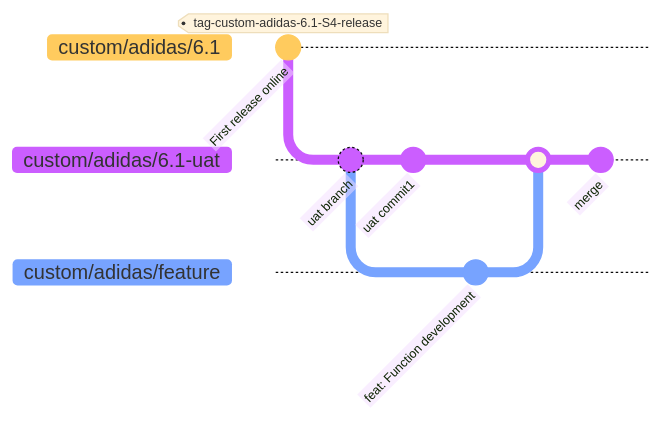
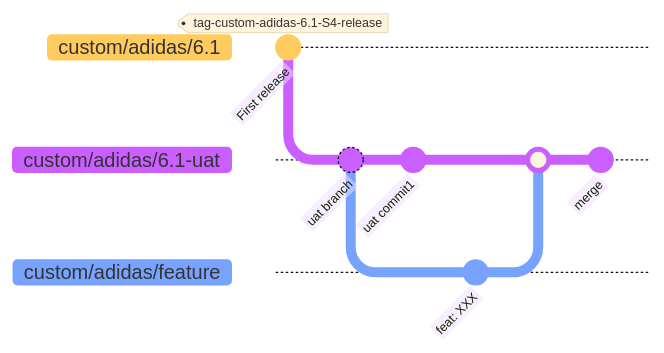
The diagram in all/未命名-1.md (lmos-w/iodraw-files), drawn with Mermaid before and after one commit.

Commit message:
2025-01-02 15:26:27 update

````diff
--- a/all/未命名-1.md
+++ b/all/未命名-1.md
@@ -1,19 +1,19 @@
 ```mermaid
 %%{init: { 'theme': 'base', 'gitGraph': {'showBranches': true, 'showCommitLabel':true,'mainBranchName': 'custom/adidas/6.1'}} }%%
       gitGraph
-        commit id:"First release online" tag: "tag-custom-adidas-6.1-S4-release"
+        commit id:"First release" tag: "tag-custom-adidas-6.1-S4-release"
         branch custom/adidas/6.1-uat
         checkout custom/adidas/6.1-uat
         commit id:"uat branch"
         branch custom/adidas/feature
         checkout custom/adidas/6.1-uat
         commit id:"uat commit1"
         checkout custom/adidas/feature
-        commit id:"feat: Function development"
+        commit id:"feat: XXX"
         checkout custom/adidas/6.1-uat
         merge custom/adidas/feature
         commit id:"merge"
 
 
 
 ```
````
